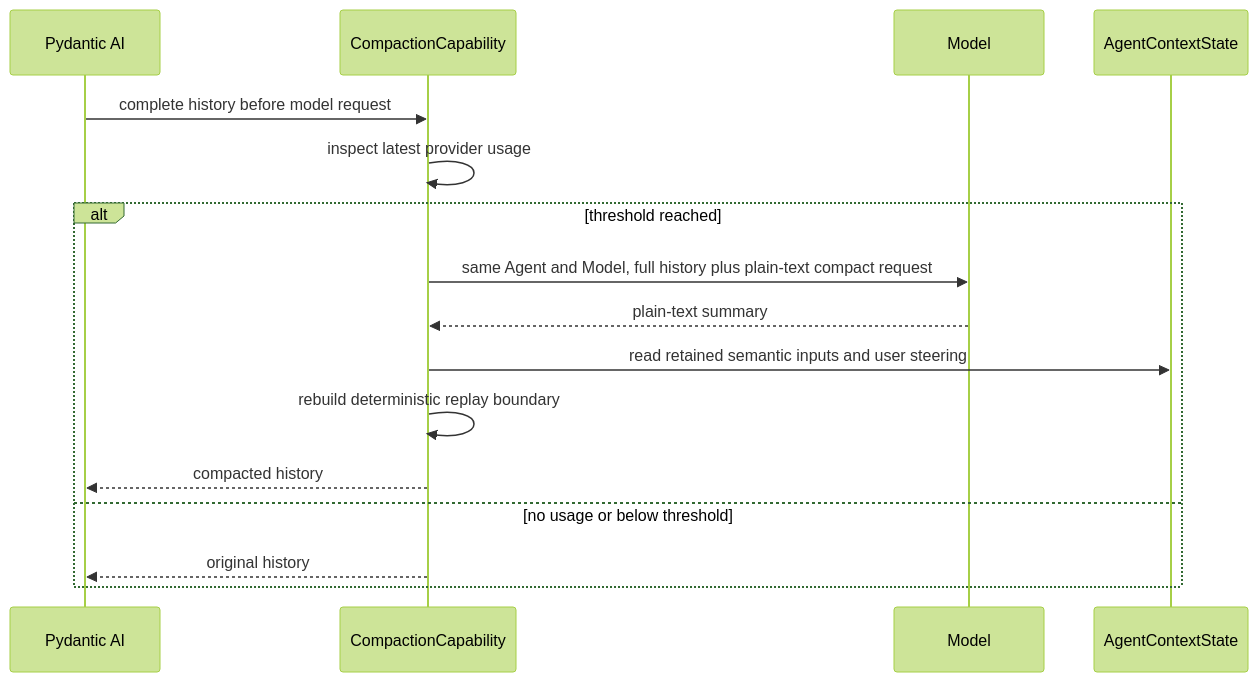
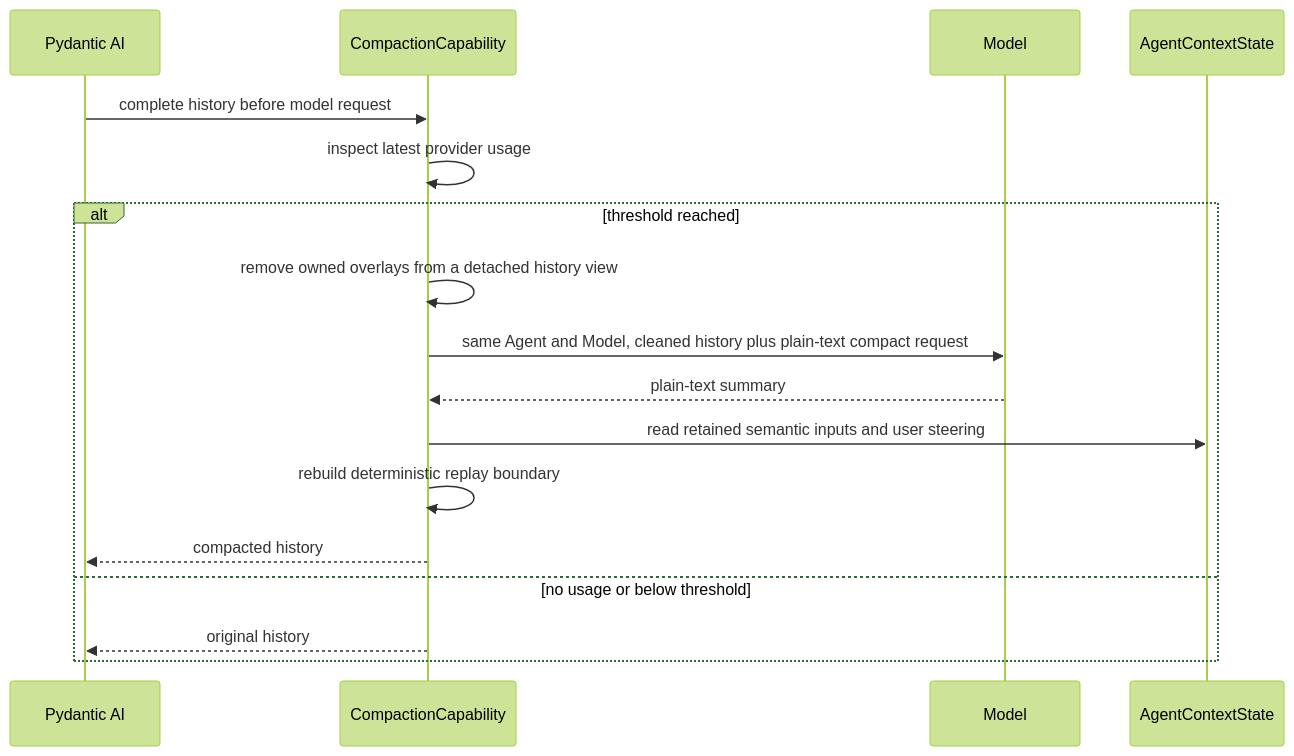
Before and after one commit to LTThreeComma/agent-foundation: the second of 2 diagrams in spec/agent-harness/09-context-and-memory.md, drawn with Mermaid (forest theme). The commit also changed other lines of this file and 7 other files, not shown here.

````diff
--- a/spec/agent-harness/09-context-and-memory.md
+++ b/spec/agent-harness/09-context-and-memory.md
@@ -312,19 +312,20 @@
 ```mermaid
 sequenceDiagram
     participant PAI as Pydantic AI
     participant Compact as CompactionCapability
     participant Model
     participant State as AgentContextState
 
     PAI->>Compact: complete history before model request
     Compact->>Compact: inspect latest provider usage
     alt threshold reached
-        Compact->>Model: same Agent and Model, full history plus plain-text compact request
+        Compact->>Compact: remove owned overlays from a detached history view
+        Compact->>Model: same Agent and Model, cleaned history plus plain-text compact request
         Model-->>Compact: plain-text summary
         Compact->>State: read retained semantic inputs and user steering
         Compact->>Compact: rebuild deterministic replay boundary
         Compact-->>PAI: compacted history
     else no usage or below threshold
         Compact-->>PAI: original history
     end
 ```
````
